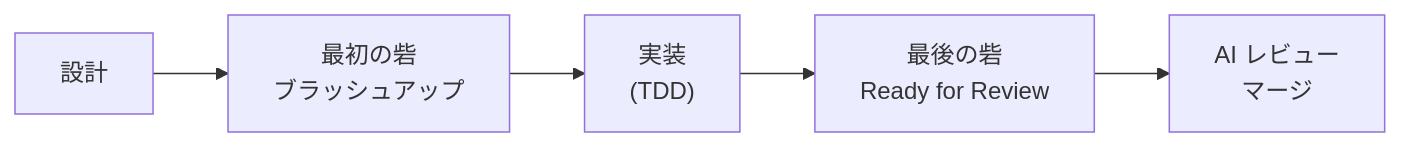
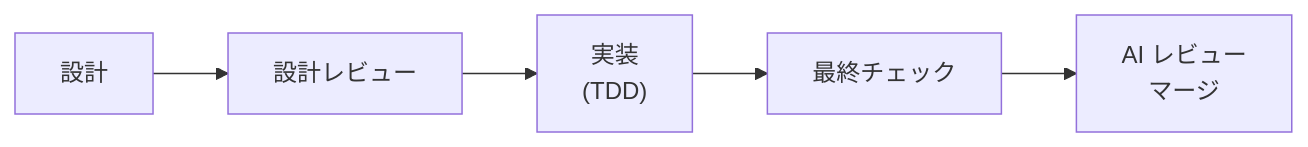
Before and after one commit to ka2kama/ringiflow: the second of 3 diagrams in README.md, drawn with Mermaid. The commit also changed other lines of this file, not shown here.

````diff
--- a/README.md
+++ b/README.md
@@ -105,7 +105,7 @@
 ```mermaid
 flowchart LR
-    A["設計"] --> B["最初の砦\nブラッシュアップ"]
+    A["設計"] --> B["設計レビュー"]
     B --> C["実装\n(TDD)"]
-    C --> D["最後の砦\nReady for Review"]
+    C --> D["最終チェック"]
     D --> E["AI レビュー\nマージ"]
 ```
````
